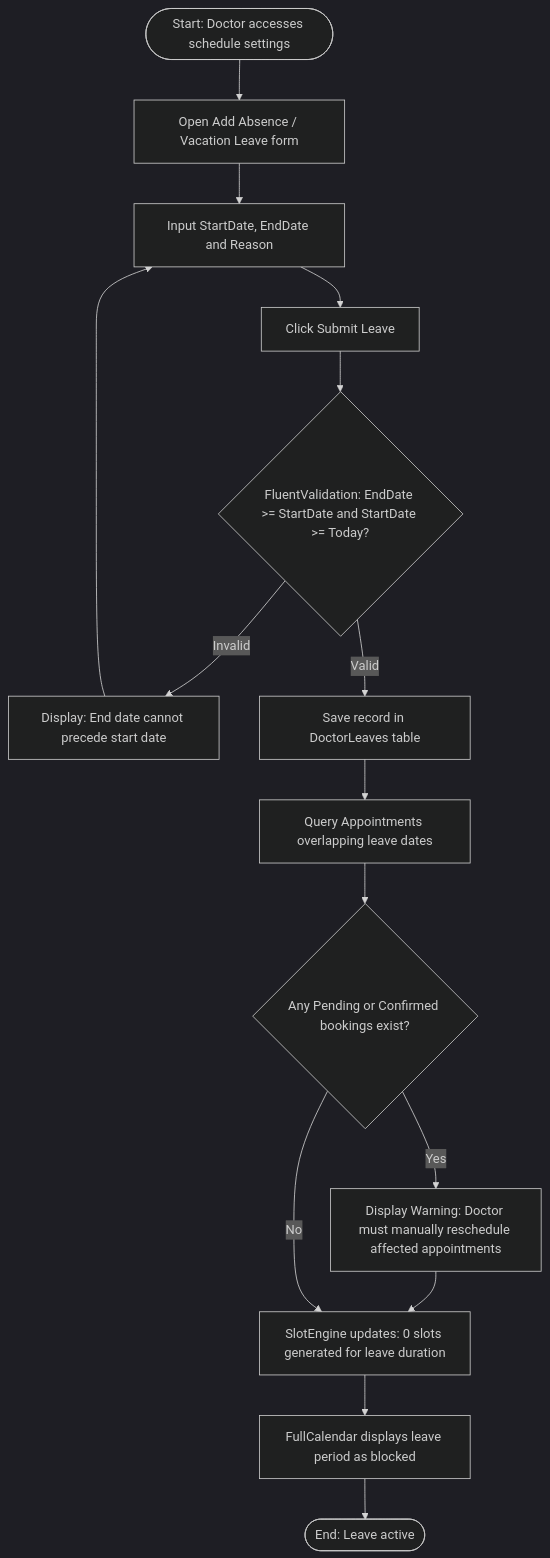
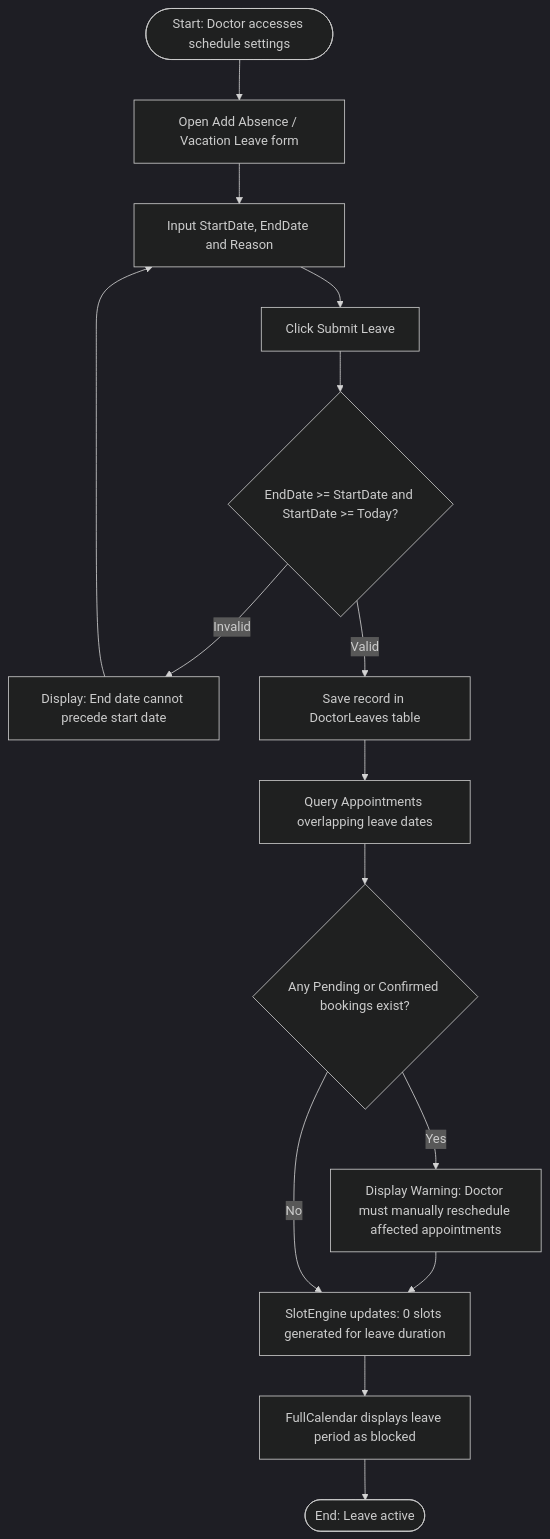
One commit to foxelhadad812-design/MediCare changed the third of 3 diagrams in docs/04-design/behavior/activity-diagrams.md. Above: the diagram before and after it, drawn with Mermaid (dark theme). The commit also changed other lines of this file and 11 other files, not shown here.

First line of the commit message:
docs(design): fix mermaid syntax issues

````diff
--- a/docs/04-design/behavior/activity-diagrams.md
+++ b/docs/04-design/behavior/activity-diagrams.md
@@ -95,21 +95,21 @@
 ```mermaid
 flowchart TD
     StartLeave([Start: Doctor accesses schedule settings]) --> Form[Open Add Absence / Vacation Leave form]
     Form --> InputDates[Input StartDate, EndDate and Reason]
     InputDates --> SubmitLeave[Click Submit Leave]
     
-    SubmitLeave --> ValDates{FluentValidation: EndDate >= StartDate and StartDate >= Today?}
+    SubmitLeave --> ValDates{"EndDate >= StartDate and StartDate >= Today?"}
     ValDates -- Invalid --> DateErr[Display: End date cannot precede start date]
     DateErr --> InputDates
     
     ValDates -- Valid --> SaveLeave[Save record in DoctorLeaves table]
     SaveLeave --> QueryAffected[Query Appointments overlapping leave dates]
     
-    QueryAffected --> HasOverlaps{Any Pending or Confirmed bookings exist?}
+    QueryAffected --> HasOverlaps{"Any Pending or Confirmed bookings exist?"}
     HasOverlaps -- Yes --> WarnDoc[Display Warning: Doctor must manually reschedule affected appointments]
     WarnDoc --> SlotSuppression
     
     HasOverlaps -- No --> SlotSuppression[SlotEngine updates: 0 slots generated for leave duration]
     SlotSuppression --> CalBlocked[FullCalendar displays leave period as blocked]
     CalBlocked --> EndLeave([End: Leave active])
 ```
````
